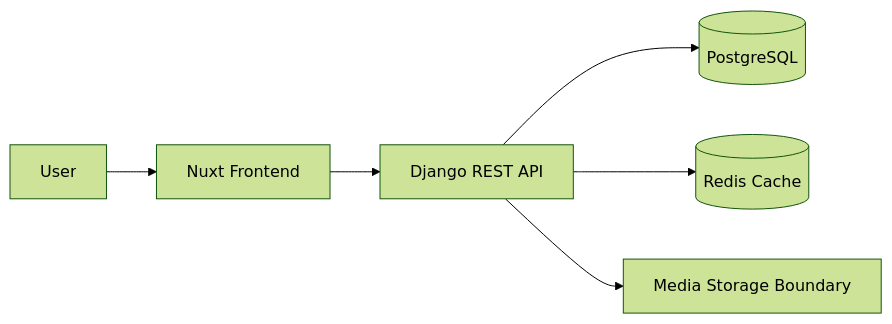
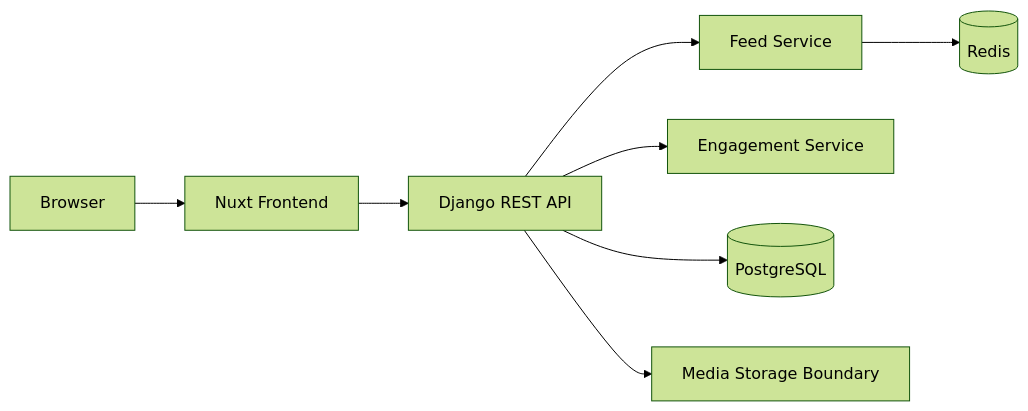
Before and after one commit to Rofikali/Portfolio-Rofik: the first of 4 diagrams in portfolio/src/content/projects/tiktok-clone.md, drawn with Mermaid (forest theme). The commit also changed other lines of this file and 27 other files, not shown here.

````diff
--- a/portfolio/src/content/projects/tiktok-clone.md
+++ b/portfolio/src/content/projects/tiktok-clone.md
@@ -61,8 +35,10 @@
 ```mermaid
 flowchart LR
-  User[User] --> Nuxt[Nuxt Frontend]
+  Browser[Browser] --> Nuxt[Nuxt Frontend]
   Nuxt --> API[Django REST API]
+  API --> Feed[Feed Service]
+  API --> Engagement[Engagement Service]
   API --> Postgres[(PostgreSQL)]
-  API --> Redis[(Redis Cache)]
+  Feed --> Redis[(Redis)]
   API --> Media[Media Storage Boundary]
 ```
````
